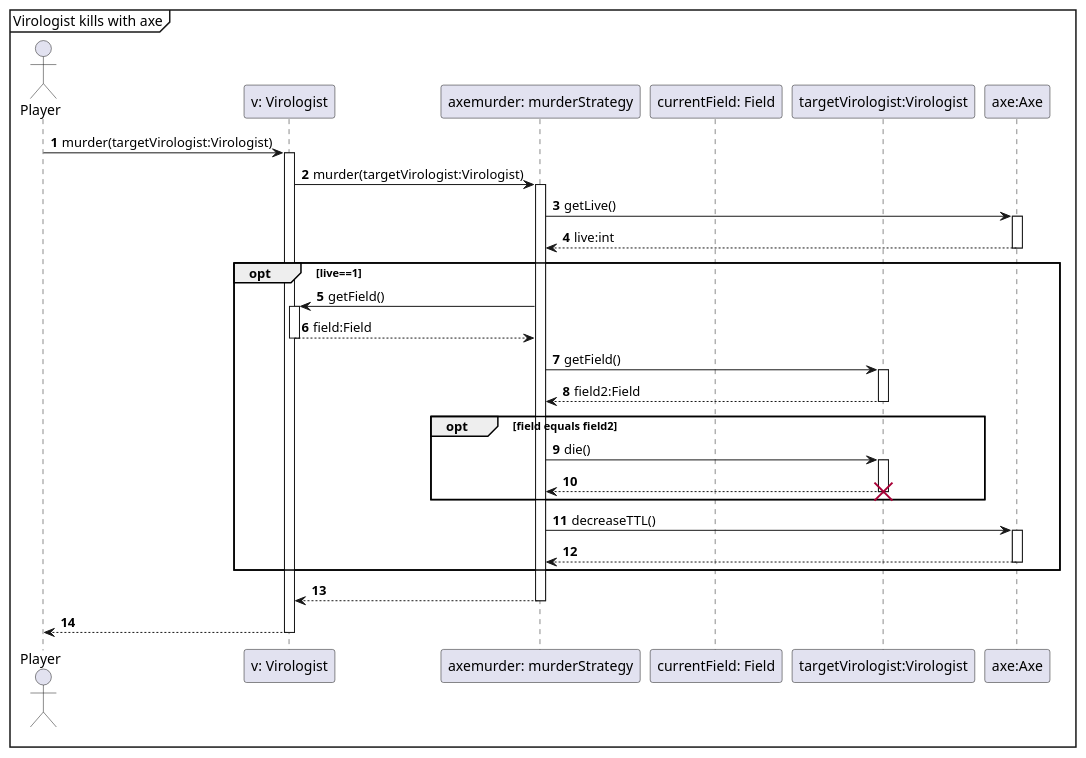
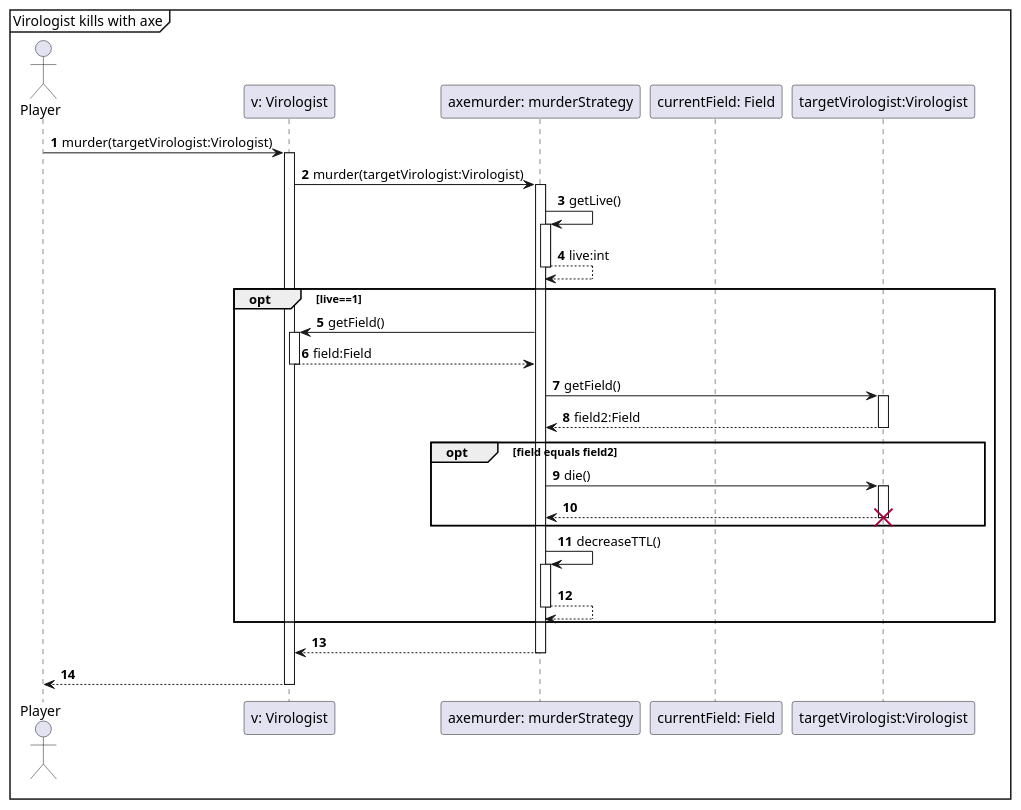
Before and after one commit to Projlab-csb/projlab-virologus: the diagram in Modification_1/mod_1-seq-diagrams/KillWithAxe.puml, drawn with PlantUML. The commit also changed 3 other files, not shown here.

```diff
--- a/Modification_1/mod_1-seq-diagrams/KillWithAxe.puml
+++ b/Modification_1/mod_1-seq-diagrams/KillWithAxe.puml
@@ -1,34 +1,34 @@
 @startuml
 'https://plantuml.com/sequence-diagram
 
 autonumber
 
 mainframe Virologist kills with axe
 
 actor Player
 participant "v: Virologist" as Virologist
-participant "axemurder: murderStrategy" as murderStrategy
+participant "axemurder: murderStrategy" as axe
 participant "currentField: Field" as currentField
 participant "targetVirologist:Virologist" as targetVirologist
-participant "axe:Axe" as axe
+
 
 Player->Virologist++:murder(targetVirologist:Virologist)
-Virologist->murderStrategy++:murder(targetVirologist:Virologist)
-murderStrategy->axe++:getLive()
-axe-->murderStrategy--:live:int
+Virologist->axe++:murder(targetVirologist:Virologist)
+axe->axe++:getLive()
+axe-->axe--:live:int
 opt live==1
-murderStrategy->Virologist++:getField()
-Virologist-->murderStrategy--:field:Field
-murderStrategy->targetVirologist++:getField()
-targetVirologist-->murderStrategy--:field2:Field
+axe->Virologist++:getField()
+Virologist-->axe--:field:Field
+axe->targetVirologist++:getField()
+targetVirologist-->axe--:field2:Field
 opt field equals field2
-    murderStrategy->targetVirologist++:die()
-    targetVirologist-->murderStrategy--
+    axe->targetVirologist++:die()
+    targetVirologist-->axe--
     destroy targetVirologist
 end opt
-murderStrategy->axe++:decreaseTTL()
-axe-->murderStrategy--
+axe->axe++:decreaseTTL()
+axe-->axe--
 end opt
-murderStrategy-->Virologist--
+axe-->Virologist--
 Virologist-->Player--
 @enduml
```
